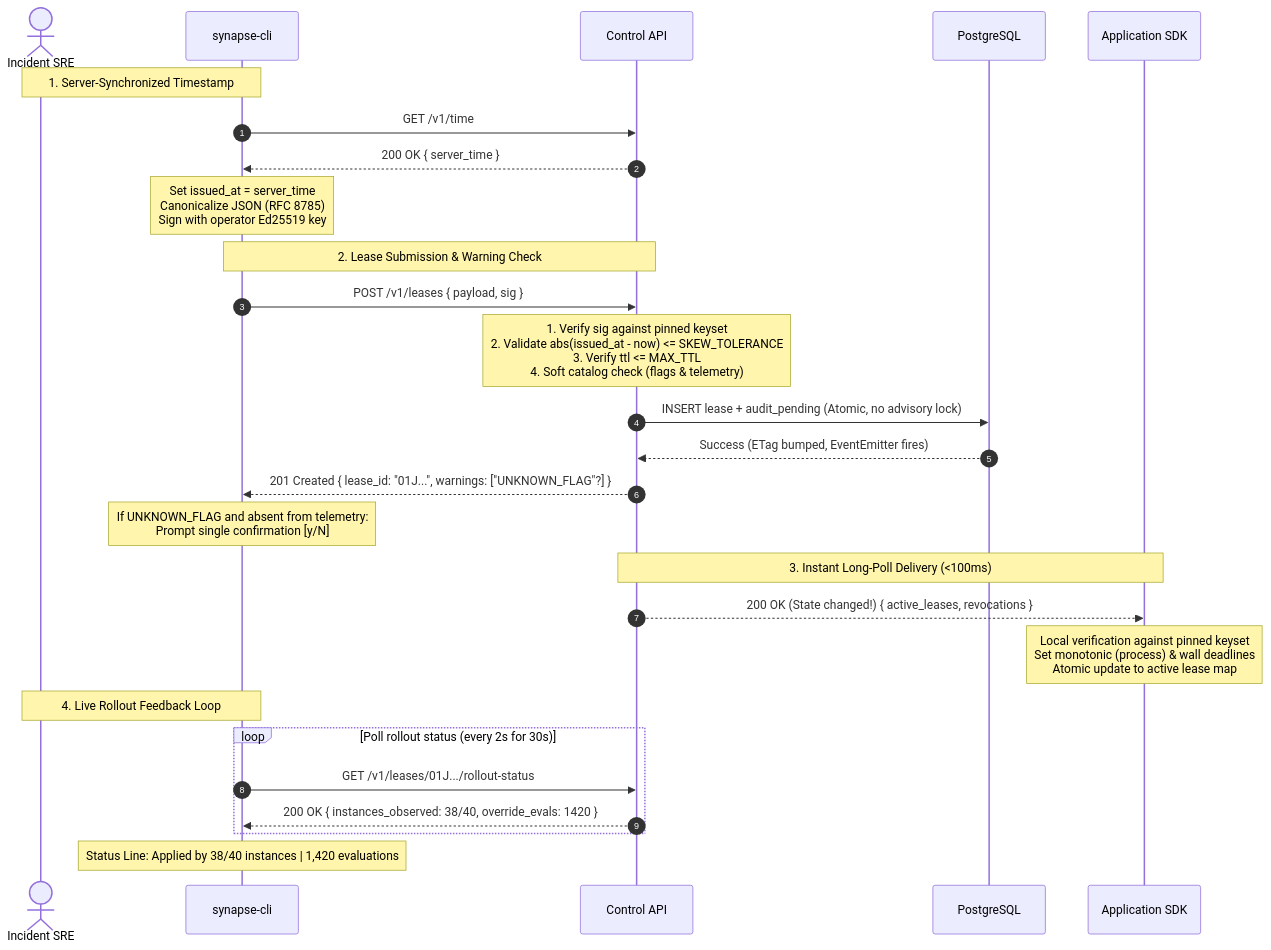
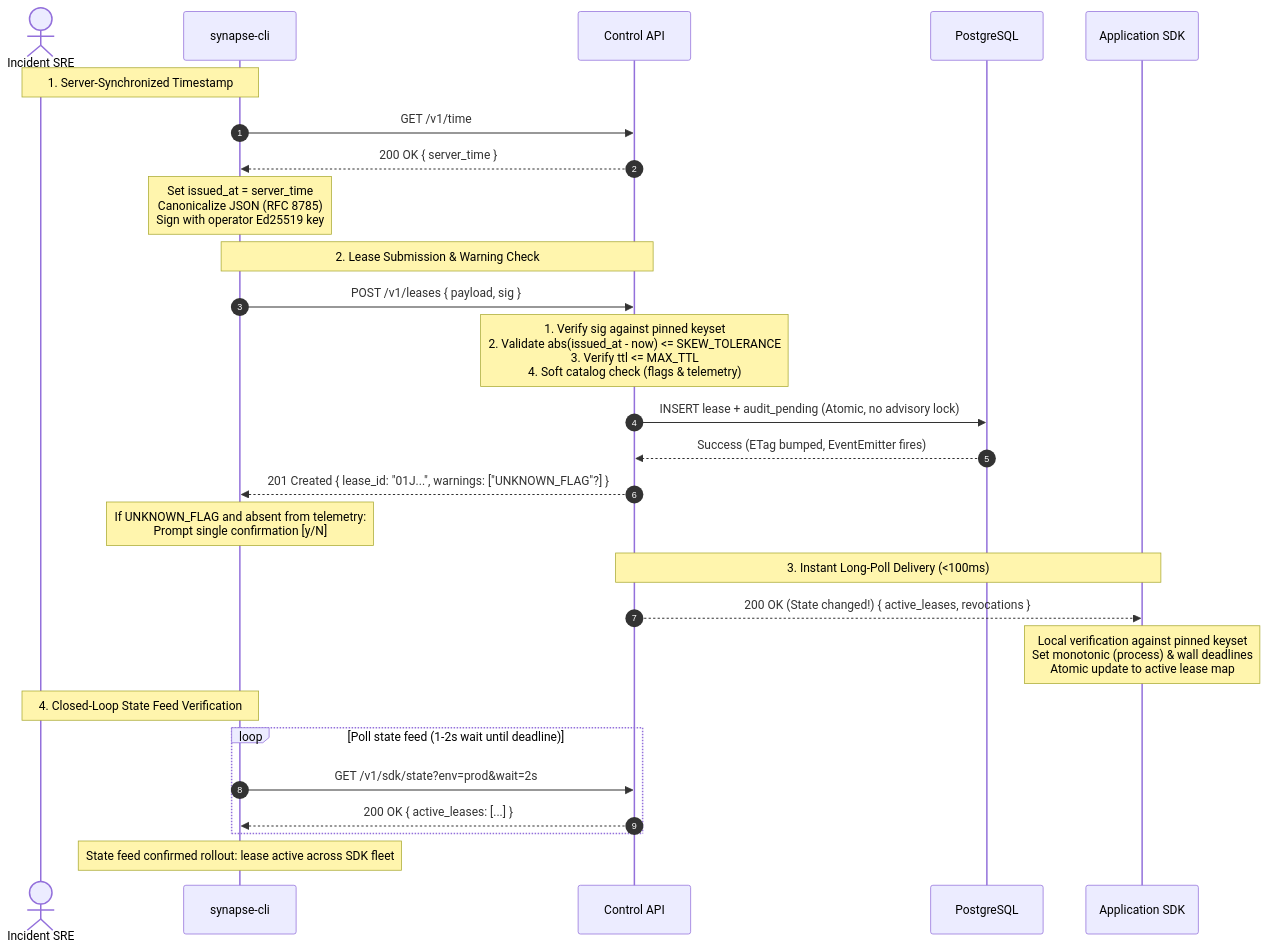
Before and after one commit to adityapawar112/SynapseState: the second of 4 diagrams in docs/ARCHITECTURE.md, drawn with Mermaid. The commit also changed other lines of this file and 137 other files, not shown here.

First line of the commit message:
docs: synchronize ground-truth specifications, benchmarks, and roadmaps for Phase 8

````diff
--- a/docs/ARCHITECTURE.md
+++ b/docs/ARCHITECTURE.md
@@ -182,34 +187,34 @@
 ```mermaid
 sequenceDiagram
     autonumber
     actor SRE as Incident SRE
     participant CLI as synapse-cli
     participant API as Control API
     participant PG as PostgreSQL
     participant SDK as Application SDK
 
     Note over SRE, CLI: 1. Server-Synchronized Timestamp
     CLI->>API: GET /v1/time
     API-->>CLI: 200 OK { server_time }
     Note over CLI: Set issued_at = server_time<br/>Canonicalize JSON (RFC 8785)<br/>Sign with operator Ed25519 key
 
     Note over CLI, API: 2. Lease Submission & Warning Check
     CLI->>API: POST /v1/leases { payload, sig }
     Note over API: 1. Verify sig against pinned keyset<br/>2. Validate abs(issued_at - now) <= SKEW_TOLERANCE<br/>3. Verify ttl <= MAX_TTL<br/>4. Soft catalog check (flags & telemetry)
     API->>PG: INSERT lease + audit_pending (Atomic, no advisory lock)
     PG-->>API: Success (ETag bumped, EventEmitter fires)
     API-->>CLI: 201 Created { lease_id: "01J...", warnings: ["UNKNOWN_FLAG"?] }
-    
+
     Note over CLI: If UNKNOWN_FLAG and absent from telemetry:<br/>Prompt single confirmation [y/N]
 
     Note over API, SDK: 3. Instant Long-Poll Delivery (<100ms)
     API-->>SDK: 200 OK (State changed!) { active_leases, revocations }
     Note over SDK: Local verification against pinned keyset<br/>Set monotonic (process) & wall deadlines<br/>Atomic update to active lease map
 
-    Note over SRE, CLI: 4. Live Rollout Feedback Loop
-    loop Poll rollout status (every 2s for 30s)
-        CLI->>API: GET /v1/leases/01J.../rollout-status
-        API-->>CLI: 200 OK { instances_observed: 38/40, override_evals: 1420 }
+    Note over SRE, CLI: 4. Closed-Loop State Feed Verification
+    loop Poll state feed (1-2s wait until deadline)
+        CLI->>API: GET /v1/sdk/state?env=prod&wait=2s
+        API-->>CLI: 200 OK { active_leases: [...] }
     end
-    Note over CLI: Status Line: Applied by 38/40 instances | 1,420 evaluations
+    Note over CLI: State feed confirmed rollout: lease active across SDK fleet
 ```
````
